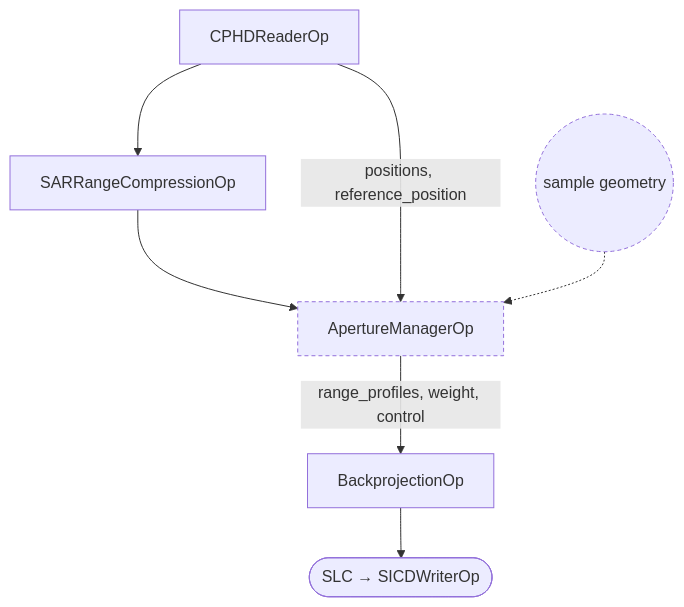
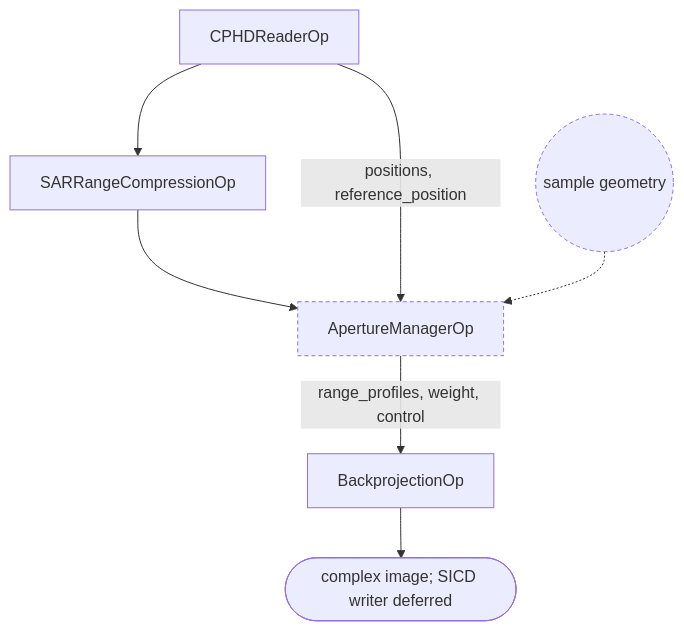
One commit to nvidia-holoscan/holoscan-radar changed the diagram in docs/planning/SAR/DEVELOPER_OVERVIEW.md. Above: the diagram before and after it, drawn with Mermaid. The commit also changed other lines of this file and 38 other files, not shown here.

````diff
--- a/docs/planning/SAR/DEVELOPER_OVERVIEW.md
+++ b/docs/planning/SAR/DEVELOPER_OVERVIEW.md
@@ -42,11 +47,11 @@
 ```mermaid
 flowchart TD
   classDef opt stroke-dasharray:4 3
   READ["CPHDReaderOp"] --> RC["SARRangeCompressionOp"]
   RC --> AC["ApertureManagerOp"]
   READ -->|"positions, reference_position"| AC
   AC -->|"range_profiles, weight, control"| BP["BackprojectionOp"]
   GEOM(("sample geometry")) -.-> AC
-  BP --> SLC(["SLC → SICDWriterOp"])
+  BP --> SLC(["complex image; SICD writer deferred"])
   class AC,GEOM opt
 ```
````
